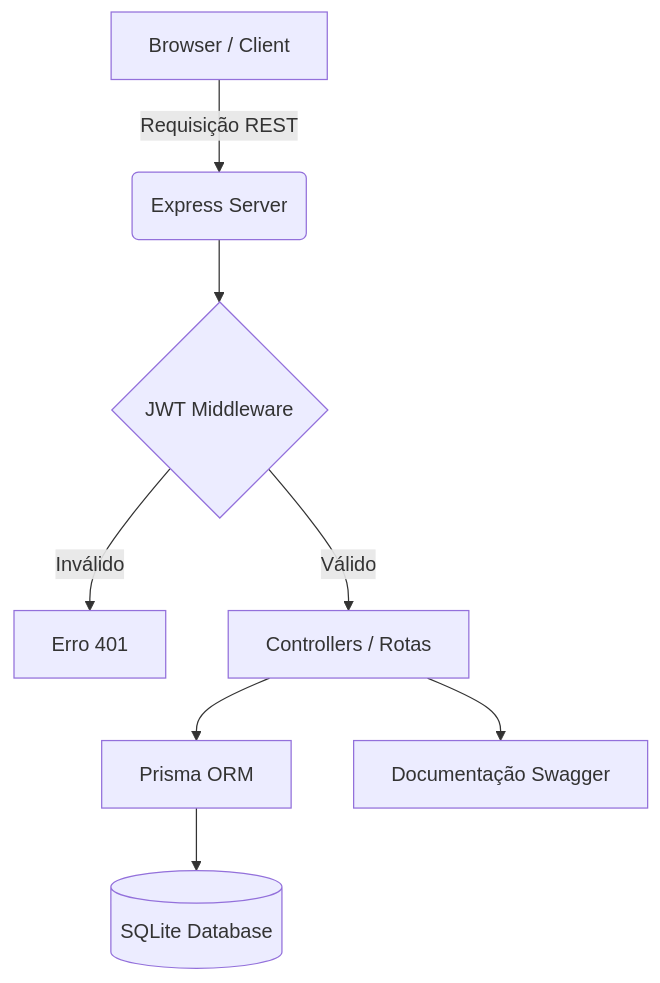
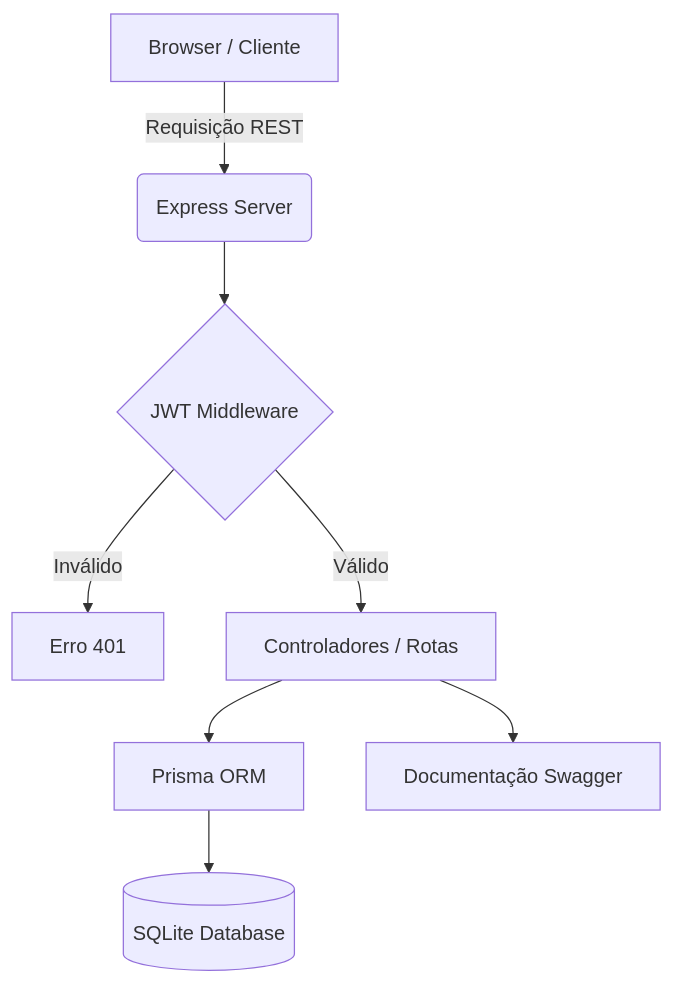
Before and after one commit to Guilherme-Mares/meu-primeiro-crm: the diagram in README.md, drawn with Mermaid.

````diff
--- a/README.md
+++ b/README.md
@@ -9,10 +9,10 @@
 ```mermaid
 graph TD
-    A[Browser / Client] -->|Requisição REST| B(Express Server)
+    A[Browser / Cliente] -->|Requisição REST| B(Express Server)
     B --> C{JWT Middleware}
     C -- Inválido --> D[Erro 401]
-    C -- Válido --> E[Controllers / Rotas]
+    C -- Válido --> E[Controladores / Rotas]
     E --> F[Prisma ORM]
     F --> G[(SQLite Database)]
     E --> H[Documentação Swagger]
 ```
````
